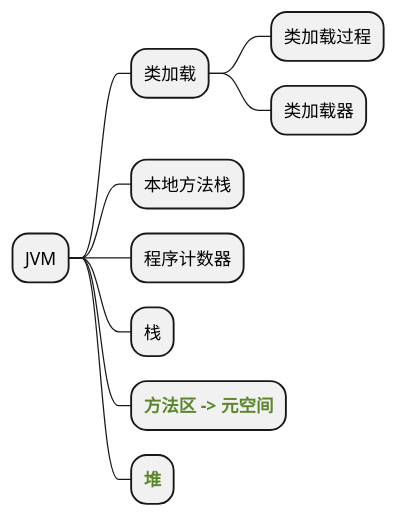
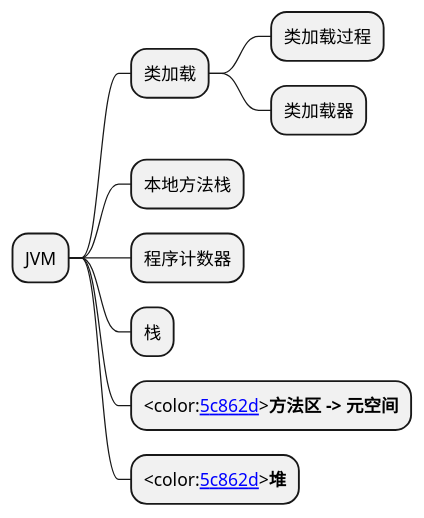
Before and after one commit to JianXiLin/MyNote: the first of 2 diagrams in JVM/总述.md, drawn with PlantUML. The commit also changed 141 other files, not shown here.

````diff
--- a/JVM/总述.md
+++ b/JVM/总述.md
@@ -3,13 +3,13 @@
 ```puml
 @startmindmap
 * JVM
 ** 类加载
 *** 类加载过程
 *** 类加载器
 ** 本地方法栈
 ** 程序计数器
 ** 栈
-** <color:#5c862d><b>方法区 -> 元空间
-** <color:#5c862d><b>堆
+** <color:[[5c862d]]><b>方法区 -> 元空间
+** <color:[[5c862d]]><b>堆
 @endmindmap
 ```
````
